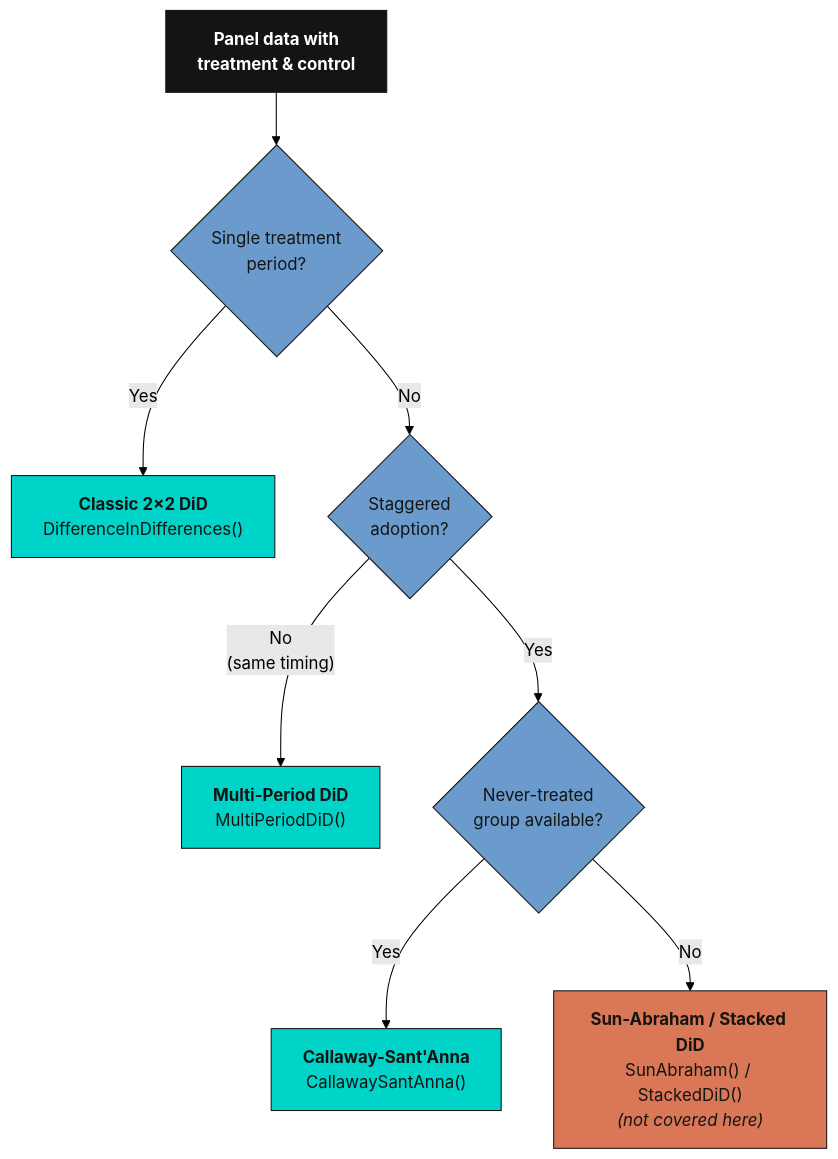
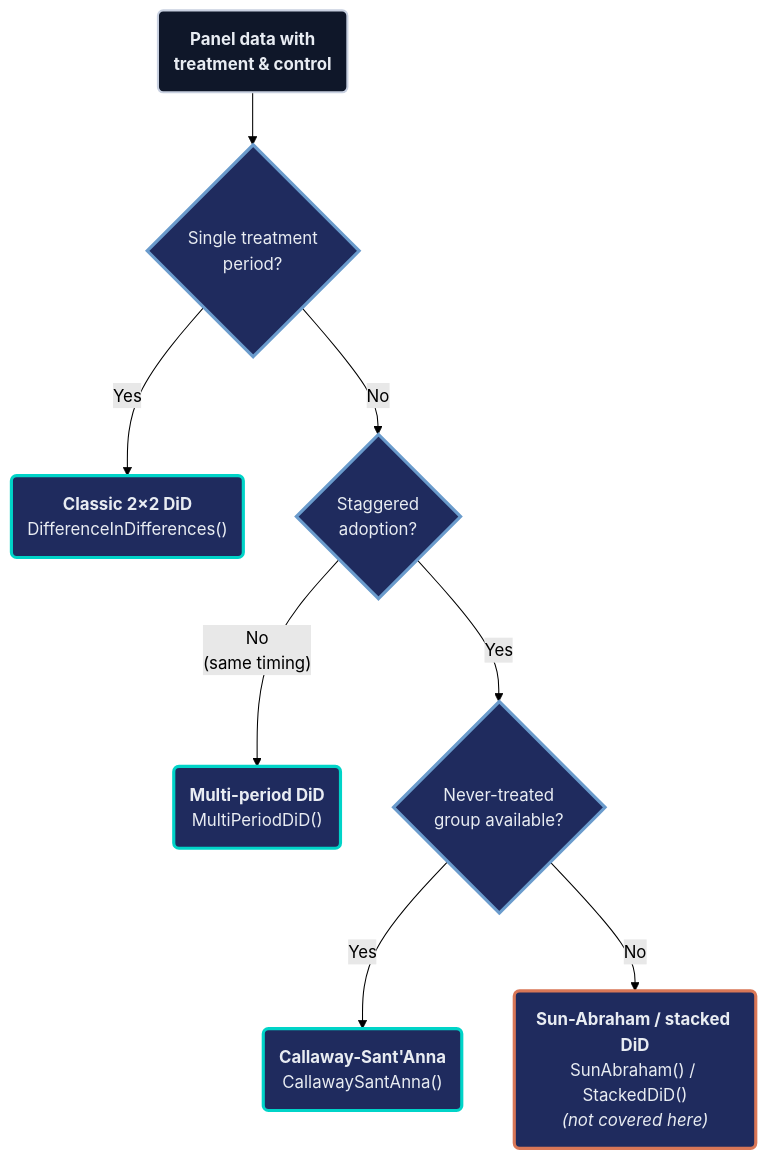
Before and after one commit to cmg777/starter-academic-v501: the second of 2 diagrams in content/post/python_did/index.md, drawn with Mermaid (forest theme). The commit also changed other lines of this file and 16 other files, not shown here.

First line of the commit message:
content(mermaid): restyle flowcharts in Python posts, batch 1 of 2

````diff
--- a/content/post/python_did/index.md
+++ b/content/post/python_did/index.md
@@ -1255,22 +1256,23 @@
 ```mermaid
 graph TD
-    A["<b>Panel data with<br/>treatment & control</b>"] --> B{"Single treatment<br/>period?"}
-    B -->|Yes| C["<b>Classic 2×2 DiD</b><br/>DifferenceInDifferences()"]
+    A("<b>Panel data with<br/>treatment & control</b>") --> B{"Single treatment<br/>period?"}
+    B -->|Yes| C("<b>Classic 2×2 DiD</b><br/>DifferenceInDifferences()")
     B -->|No| D{"Staggered<br/>adoption?"}
-    D -->|"No<br/>(same timing)"| E["<b>Multi-Period DiD</b><br/>MultiPeriodDiD()"]
+    D -->|"No<br/>(same timing)"| E("<b>Multi-period DiD</b><br/>MultiPeriodDiD()")
     D -->|Yes| F{"Never-treated<br/>group available?"}
-    F -->|Yes| G["<b>Callaway-Sant'Anna</b><br/>CallawaySantAnna()"]
-    F -->|No| H["<b>Sun-Abraham / Stacked DiD</b><br/>SunAbraham() / StackedDiD()<br/><i>(not covered here)</i>"]
+    F -->|Yes| G("<b>Callaway-Sant'Anna</b><br/>CallawaySantAnna()")
+    F -->|No| H("<b>Sun-Abraham / stacked DiD</b><br/>SunAbraham() / StackedDiD()<br/><i>(not covered here)</i>")
 
-    style A fill:#141413,stroke:#141413,color:#fff
-    classDef sty_B fill:#6a9bcc,stroke:#141413,color:#141413
+    classDef sty_B fill:#1f2b5e,stroke:#6a9bcc,stroke-width:3px,color:#e8ecf2
     class B sty_B
-    style C fill:#00d4c8,stroke:#141413,color:#141413
-    classDef sty_D fill:#6a9bcc,stroke:#141413,color:#141413
+    classDef sty_D fill:#1f2b5e,stroke:#6a9bcc,stroke-width:3px,color:#e8ecf2
     class D sty_D
-    style E fill:#00d4c8,stroke:#141413,color:#141413
-    classDef sty_F fill:#6a9bcc,stroke:#141413,color:#141413
+    classDef sty_F fill:#1f2b5e,stroke:#6a9bcc,stroke-width:3px,color:#e8ecf2
     class F sty_F
-    style G fill:#00d4c8,stroke:#141413,color:#141413
-    style H fill:#d97757,stroke:#141413,color:#141413
+    classDef anchor fill:#0f1729,stroke:#c8d0e0,stroke-width:2px,color:#e8ecf2
+    classDef teal fill:#1f2b5e,stroke:#00d4c8,stroke-width:3px,color:#e8ecf2
+    classDef orange fill:#1f2b5e,stroke:#d97757,stroke-width:3px,color:#e8ecf2
+    class A anchor
+    class C,E,G teal
+    class H orange
 ```
````
